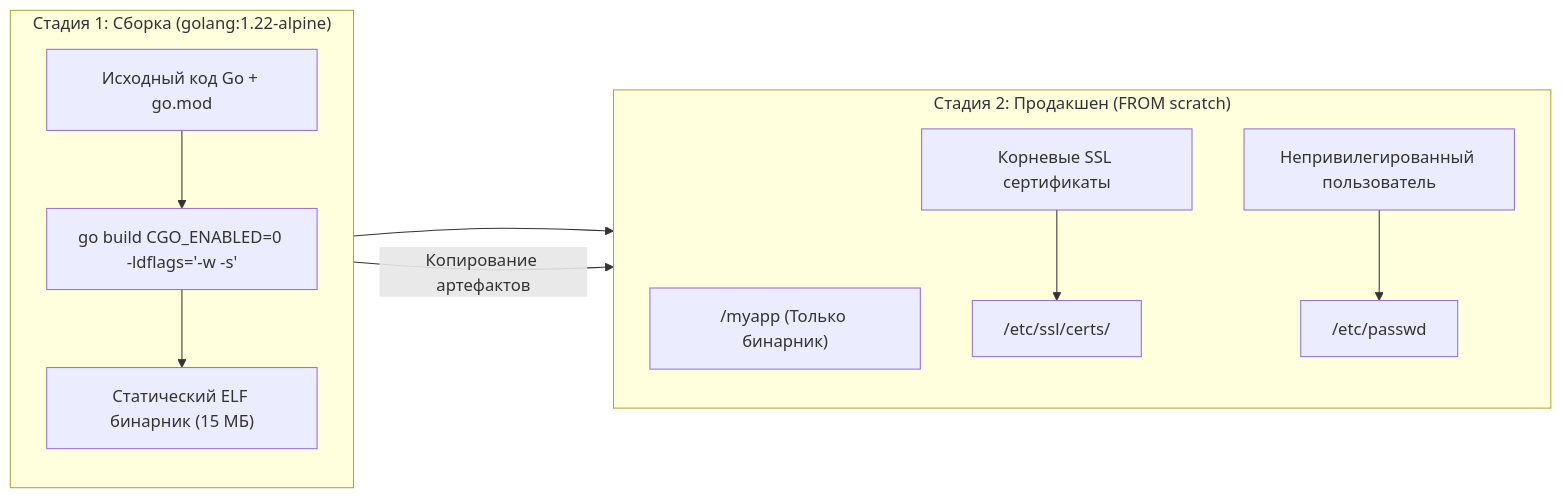
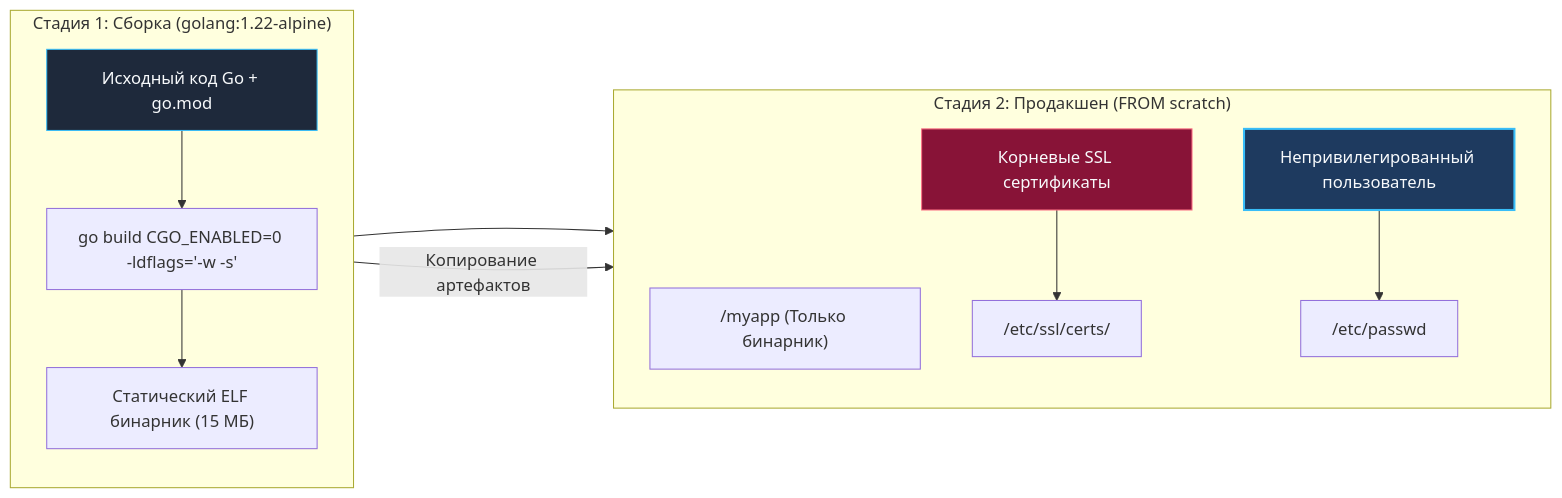
One commit to UnrealTemplier/go-textbook changed the second of 3 diagrams in sources/14. Распределенные системы на Go/07. Kubernetes и деплой/1. Контейнеризация и Docker.md. Above: the diagram before and after it, drawn with Mermaid. The commit also changed other lines of this file and 1666 other files, not shown here.

First line of the commit message:
feat(mermaid): add semantic color classDef to 1369 colorless flowchart/graph diagrams

````diff
--- a/sources/14. Распределенные системы на Go/07. Kubernetes и деплой/1. Контейнеризация и Docker.md
+++ b/sources/14. Распределенные системы на Go/07. Kubernetes и деплой/1. Контейнеризация и Docker.md
@@ -69,17 +79,27 @@
 ```mermaid
 flowchart LR
+    classDef process  fill:#1e293b,stroke:#38bdf8,stroke-width:1px,color:#f8fafc
+    classDef success  fill:#064e3b,stroke:#34d399,stroke-width:1px,color:#f8fafc
+    classDef error    fill:#7f1d1d,stroke:#f87171,stroke-width:1px,color:#f8fafc
+    classDef warning  fill:#78350f,stroke:#fbbf24,stroke-width:1px,color:#f8fafc
+    classDef entry    fill:#1e3a5f,stroke:#38bdf8,stroke-width:2px,color:#f8fafc
+    classDef aux      fill:#334155,stroke:#64748b,stroke-width:1px,color:#f8fafc
+    classDef system   fill:#312e81,stroke:#a78bfa,stroke-width:1px,color:#f8fafc
+    classDef data     fill:#132d29,stroke:#2dd4bf,stroke-width:1px,color:#f8fafc
+    classDef network  fill:#881337,stroke:#fb7185,stroke-width:1px,color:#f8fafc
+    classDef accent   fill:#1e1b4b,stroke:#818cf8,stroke-width:1px,color:#f8fafc
     subgraph Stage1 ["Стадия 1: Сборка (golang:1.22-alpine)"]
         direction TB
-        Src["Исходный код Go + go.mod"] --> Build["go build CGO_ENABLED=0 -ldflags='-w -s'"]
+        Src["Исходный код Go + go.mod"]:::process --> Build["go build CGO_ENABLED=0 -ldflags='-w -s'"]
         Build --> Bin["Статический ELF бинарник (15 МБ)"]
     end
 
     subgraph Stage2 ["Стадия 2: Продакшен (FROM scratch)"]
         direction TB
         Bin --> ScratchBin["/myapp (Только бинарник)"]
-        Certs["Корневые SSL сертификаты"] --> ScratchCerts["/etc/ssl/certs/"]
-        User["Непривилегированный пользователь"] --> ScratchUser["/etc/passwd"]
+        Certs["Корневые SSL сертификаты"]:::network --> ScratchCerts["/etc/ssl/certs/"]
+        User["Непривилегированный пользователь"]:::entry --> ScratchUser["/etc/passwd"]
     end
 
     Stage1 -->|"Копирование артефактов"| Stage2
 ```
````
